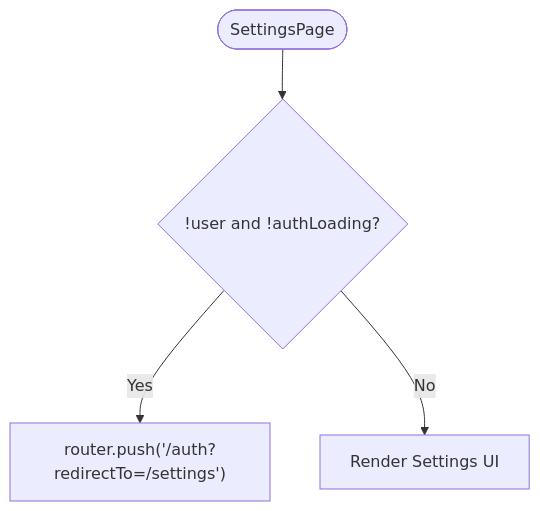
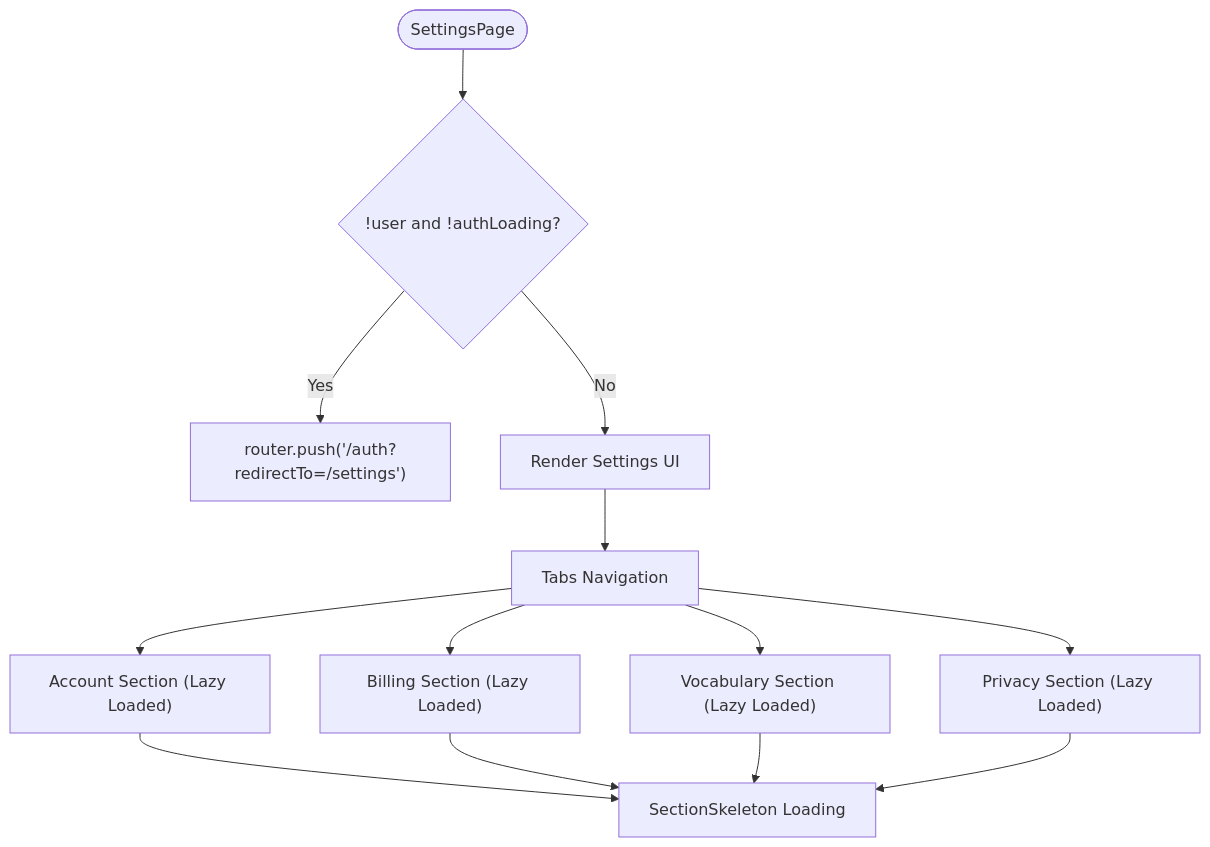
Before and after one commit to navgurukul/oscar: the tenth of 12 diagrams in .qoder/repowiki/en/content/User Management & Authentication.md, drawn with Mermaid. The commit also changed other lines of this file and 9 other files, not shown here.

Commit message:
feat(settings): add multi-section settings architecture with lazy-loaded components

````diff
--- a/.qoder/repowiki/en/content/User Management & Authentication.md
+++ b/.qoder/repowiki/en/content/User Management & Authentication.md
@@ -365,6 +447,15 @@
 ```mermaid
 flowchart TD
 Enter(["SettingsPage"]) --> CheckAuth{"!user and !authLoading?"}
 CheckAuth --> |Yes| Redirect["router.push('/auth?redirectTo=/settings')"]
 CheckAuth --> |No| Render["Render Settings UI"]
+Render --> Tabs["Tabs Navigation"]
+Tabs --> Account["Account Section (Lazy Loaded)"]
+Tabs --> Billing["Billing Section (Lazy Loaded)"]
+Tabs --> Vocabulary["Vocabulary Section (Lazy Loaded)"]
+Tabs --> Privacy["Privacy Section (Lazy Loaded)"]
+Account --> Skeleton["SectionSkeleton Loading"]
+Billing --> Skeleton
+Vocabulary --> Skeleton
+Privacy --> Skeleton
 ```
````
